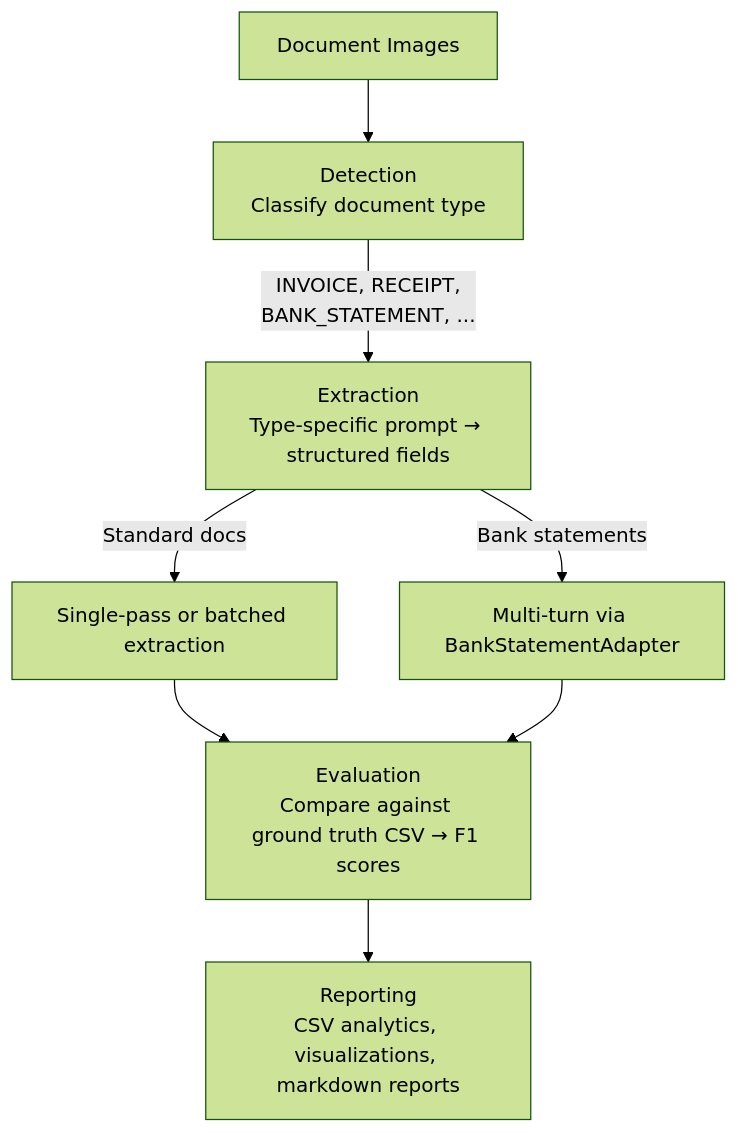
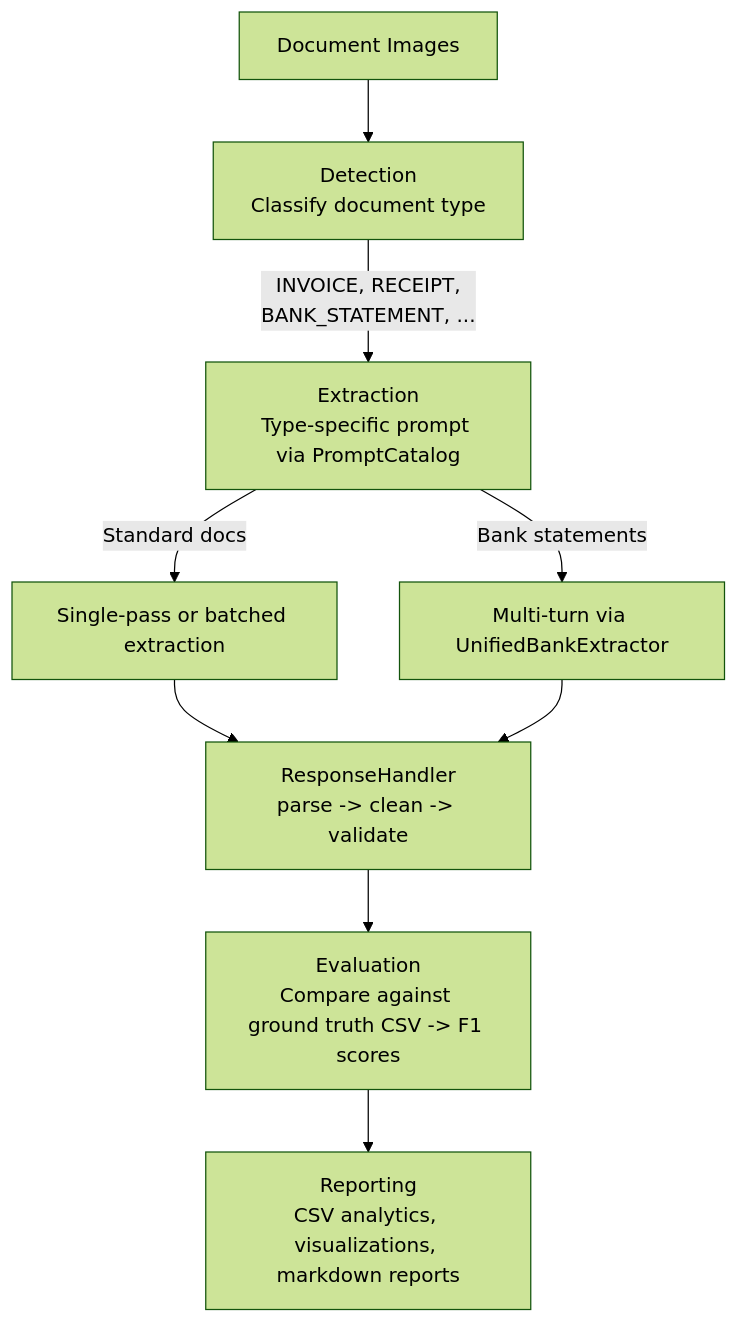
Before and after one commit to tmnestor/LMM_POC: the second of 5 diagrams in README.md, drawn with Mermaid (forest theme). The commit also changed other lines of this file and 2 other files, not shown here.

Commit message:
📝 docs: rewrite README for post-refactor architecture, add Bedrock integration guide

````diff
--- a/README.md
+++ b/README.md
@@ -130,17 +168,17 @@
 ```mermaid
 graph TD
     IMG["Document Images"] --> DET
 
     DET["Detection<br/>Classify document type"]
     DET -->|"INVOICE, RECEIPT,<br/>BANK_STATEMENT, ..."| EXT
 
-    EXT["Extraction<br/>Type-specific prompt → structured fields"]
+    EXT["Extraction<br/>Type-specific prompt via PromptCatalog"]
     EXT -->|"Standard docs"| STD["Single-pass or batched extraction"]
-    EXT -->|"Bank statements"| BANK["Multi-turn via BankStatementAdapter"]
+    EXT -->|"Bank statements"| BANK["Multi-turn via UnifiedBankExtractor"]
 
-    STD --> EVAL
-    BANK --> EVAL
+    STD --> RESP["ResponseHandler<br/>parse -> clean -> validate"]
+    BANK --> RESP
 
-    EVAL["Evaluation<br/>Compare against ground truth CSV → F1 scores"]
+    RESP --> EVAL["Evaluation<br/>Compare against ground truth CSV -> F1 scores"]
     EVAL --> RPT["Reporting<br/>CSV analytics, visualizations, markdown reports"]
 ```
````
